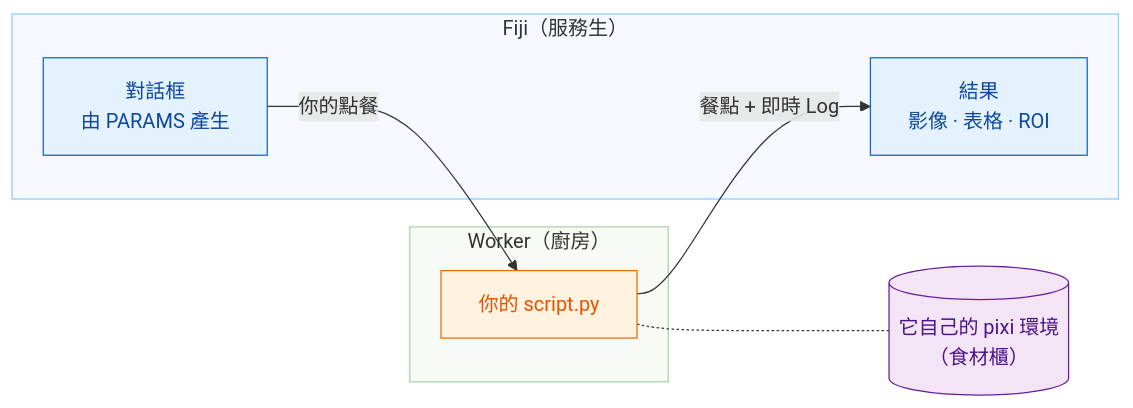
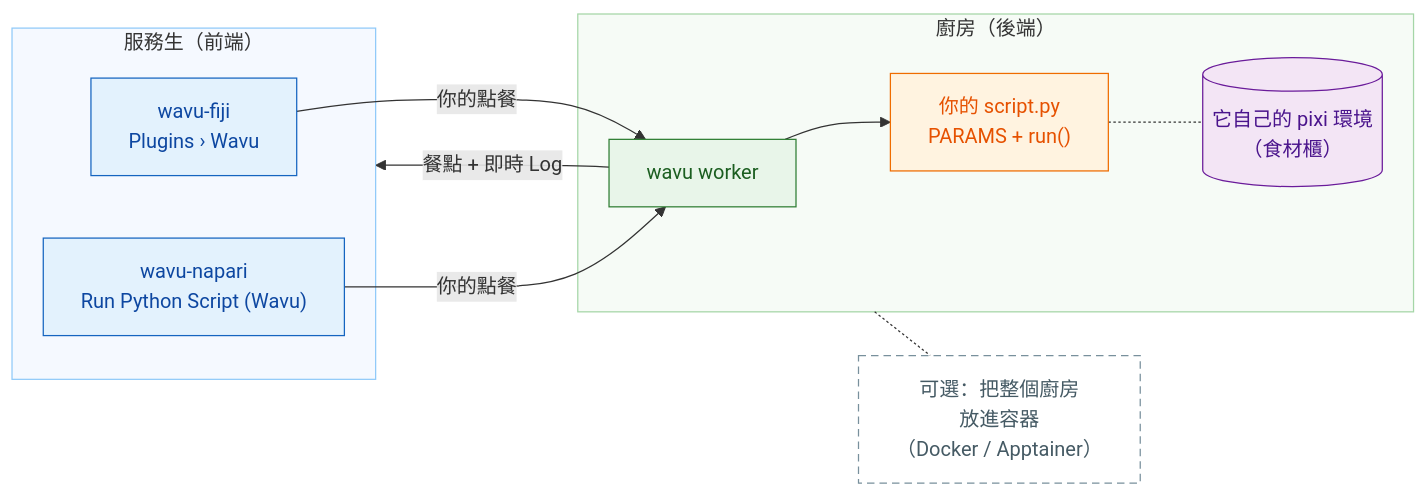
The diagram in guide/index.zh-Hant.md (Oxford-Zeiss-Centre-of-Excellence/Wavu), drawn with Mermaid before and after one commit. The commit also changed other lines of this file and 218 other files, not shown here.

First line of the commit message:
feat: Wavu core + two frontends (wavu-fiji, wavu-napari); remote/container connect; reworked guide

````diff
--- a/guide/index.zh-Hant.md
+++ b/guide/index.zh-Hant.md
@@ -18,22 +18,28 @@
 ```mermaid
 flowchart LR
-    subgraph FIJI["Fiji（服務生）"]
-        D["對話框<br/>由 PARAMS 產生"]:::fiji
-        R["結果<br/>影像 · 表格 · ROI"]:::fiji
+    subgraph FE["服務生（前端）"]
+        F["wavu-fiji<br/>Plugins › Wavu"]:::fiji
+        N["wavu-napari<br/>Run Python Script (Wavu)"]:::fiji
     end
-    subgraph PY["Worker（廚房）"]
-        S["你的 script.py"]:::script
+    subgraph BE["廚房（後端）"]
+        W["wavu worker"]:::worker
+        S["你的 script.py<br/>PARAMS + run()"]:::script
+        E[("它自己的 pixi 環境<br/>（食材櫃）")]:::env
     end
-    E[("它自己的 pixi 環境<br/>（食材櫃）")]:::env
+    C["可選：把整個廚房<br/>放進容器<br/>（Docker / Apptainer）"]:::box
+    BE -.- C
 
-    D -- "你的點餐" --> S
+    F -- "你的點餐" --> W
+    N -- "你的點餐" --> W
+    W --> S
     S -.- E
-    S -- "餐點 + 即時 Log" --> R
+    W -- "餐點 + 即時 Log" --> FE
 
     classDef fiji   fill:#e3f2fd,stroke:#1565c0,color:#0d47a1
     classDef worker fill:#e8f5e9,stroke:#2e7d32,color:#1b5e20
     classDef script fill:#fff3e0,stroke:#ef6c00,color:#e65100
     classDef env    fill:#f3e5f5,stroke:#6a1b9a,color:#4a148c
-    style FIJI fill:#f5f9ff,stroke:#90caf9
-    style PY   fill:#f6fbf6,stroke:#a5d6a7
+    style FE fill:#f5f9ff,stroke:#90caf9
+    style BE fill:#f6fbf6,stroke:#a5d6a7
+    classDef box    fill:#ffffff,stroke:#78909c,stroke-dasharray: 6 4,color:#455a64
 ```
````
